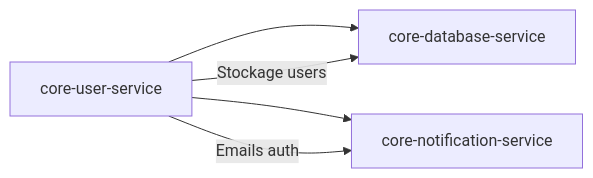
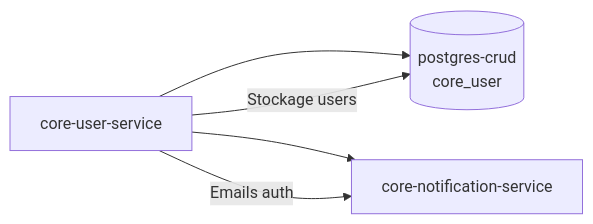
The second of 6 diagrams in microservices/core-user-service.md (VisioBook-ESP/docs-architecture), drawn with Mermaid before and after one commit. The commit also changed other lines of this file and 15 other files, not shown here.

````diff
--- a/microservices/core-user-service.md
+++ b/microservices/core-user-service.md
@@ -288,8 +288,8 @@
 ```mermaid
 graph LR
-    US[core-user-service] --> DB[core-database-service]
+    US[core-user-service] --> PG[(postgres-crud<br/>core_user)]
     US --> NOTIF[core-notification-service]
 
-    US -->|"Stockage users"| DB
+    US -->|"Stockage users"| PG
     US -->|"Emails auth"| NOTIF
 ```
````
